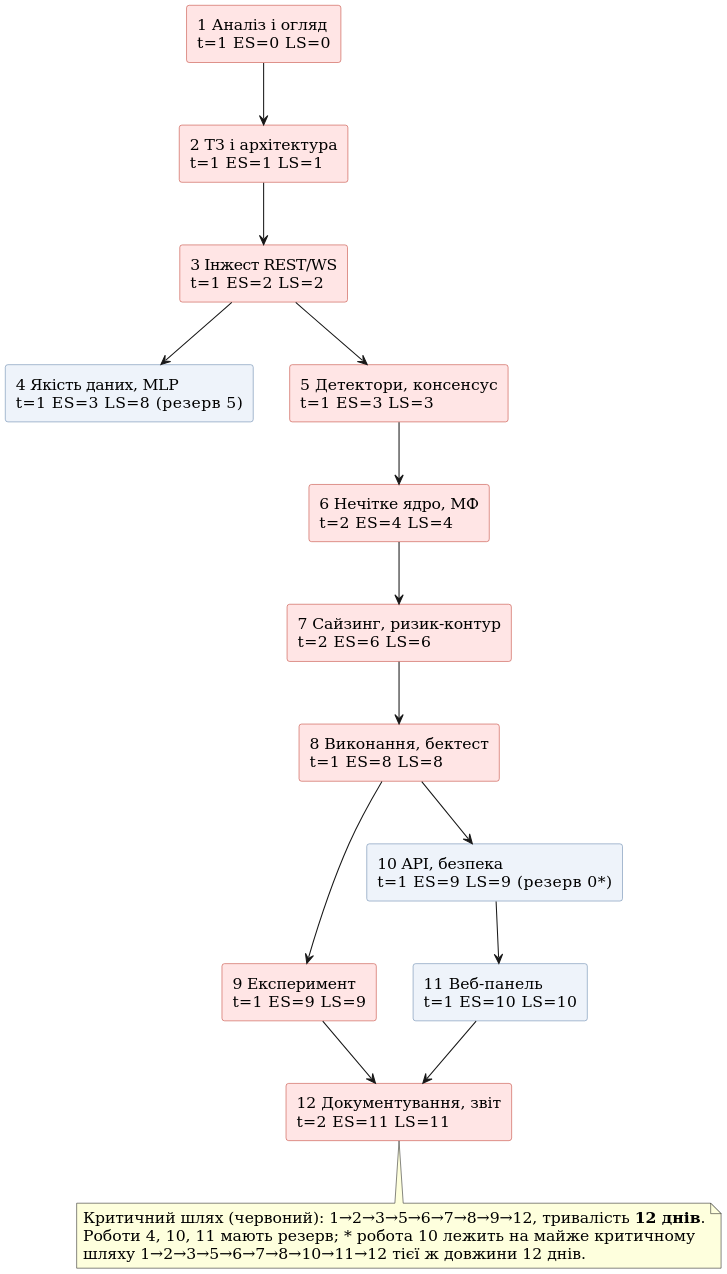
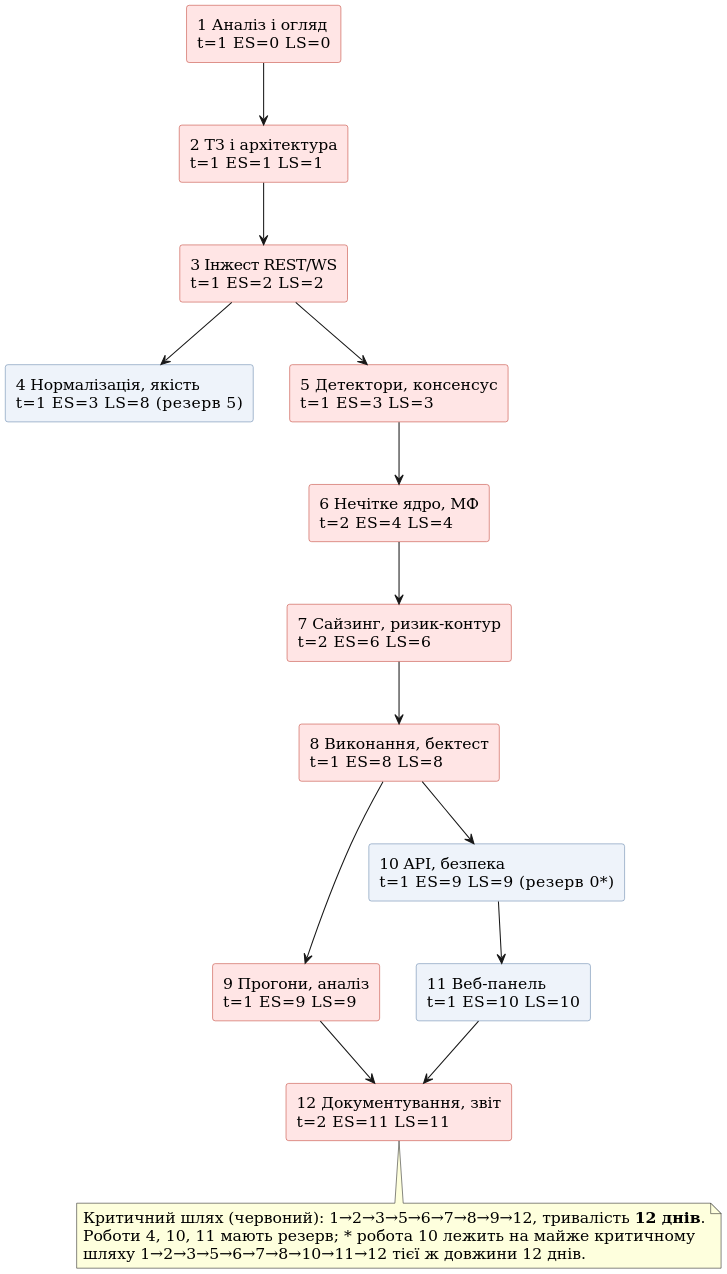
One commit to AndrZhuk/FuzzHelm changed the diagram in docs/diagrams/network.puml. Above: the diagram before and after it, drawn with PlantUML. The commit also changed 11 other files, not shown here.

Commit message:
Diagrams: plan and components follow the simplified scope

```diff
--- a/docs/diagrams/network.puml
+++ b/docs/diagrams/network.puml
@@ -1,49 +1,49 @@
 @startuml
 ' Сітьовий графік робіт із критичним шляхом (метод передування, AON).
 ' Найменування: docs/diagrams/network.puml
 ' Призначення: залежності робіт і критичний шлях для звіту §1.6. У вузлі: номер, назва,
 '     тривалість (дн.), ранній початок ES і пізній початок LS; резерв = LS − ES.
 ' Автор: Андрій Жук, 2026.
 top to bottom direction
 hide stereotype
 skinparam dpi 200
 skinparam defaultFontName "DejaVu Sans"
 skinparam defaultFontSize 15
 skinparam rectangle {
   BackgroundColor<<crit>> #FFE5E5
   BorderColor<<crit>> #C0392B
   BackgroundColor<<slack>> #EEF3FA
   BorderColor<<slack>> #5B7FA6
 }
 rectangle "1 Аналіз і огляд\nt=1  ES=0  LS=0" <<crit>> as W1
 rectangle "2 ТЗ і архітектура\nt=1  ES=1  LS=1" <<crit>> as W2
 rectangle "3 Інжест REST/WS\nt=1  ES=2  LS=2" <<crit>> as W3
-rectangle "4 Якість даних, MLP\nt=1  ES=3  LS=8  (резерв 5)" <<slack>> as W4
+rectangle "4 Нормалізація, якість\nt=1  ES=3  LS=8  (резерв 5)" <<slack>> as W4
 rectangle "5 Детектори, консенсус\nt=1  ES=3  LS=3" <<crit>> as W5
 rectangle "6 Нечітке ядро, МФ\nt=2  ES=4  LS=4" <<crit>> as W6
 rectangle "7 Сайзинг, ризик-контур\nt=2  ES=6  LS=6" <<crit>> as W7
 rectangle "8 Виконання, бектест\nt=1  ES=8  LS=8" <<crit>> as W8
-rectangle "9 Експеримент\nt=1  ES=9  LS=9" <<crit>> as W9
+rectangle "9 Прогони, аналіз\nt=1  ES=9  LS=9" <<crit>> as W9
 rectangle "10 API, безпека\nt=1  ES=9  LS=9  (резерв 0*)" <<slack>> as W10
 rectangle "11 Веб-панель\nt=1  ES=10  LS=10" <<slack>> as W11
 rectangle "12 Документування, звіт\nt=2  ES=11  LS=11" <<crit>> as W12
 
 W1 --> W2
 W2 --> W3
 W3 --> W4
 W3 --> W5
 W5 --> W6
 W6 --> W7
 W7 --> W8
 W8 --> W9
 W8 --> W10
 W10 --> W11
 W9 --> W12
 W11 --> W12
 
 note bottom of W12
   Критичний шлях (червоний): 1→2→3→5→6→7→8→9→12, тривалість **12 днів**.
   Роботи 4, 10, 11 мають резерв; * робота 10 лежить на майже критичному
   шляху 1→2→3→5→6→7→8→10→11→12 тієї ж довжини 12 днів.
 end note
 @enduml
```
